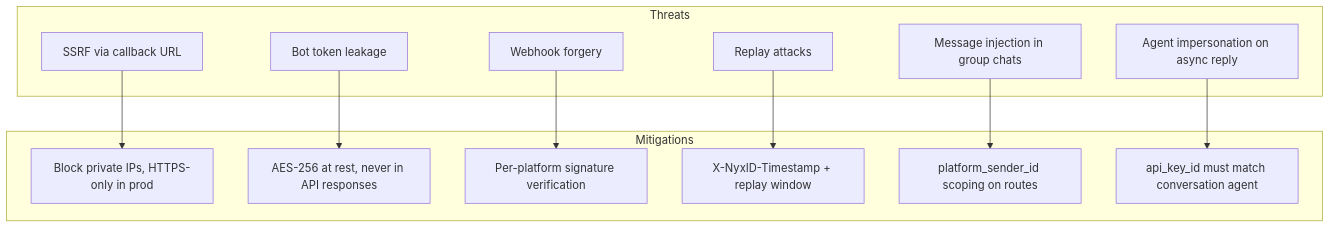
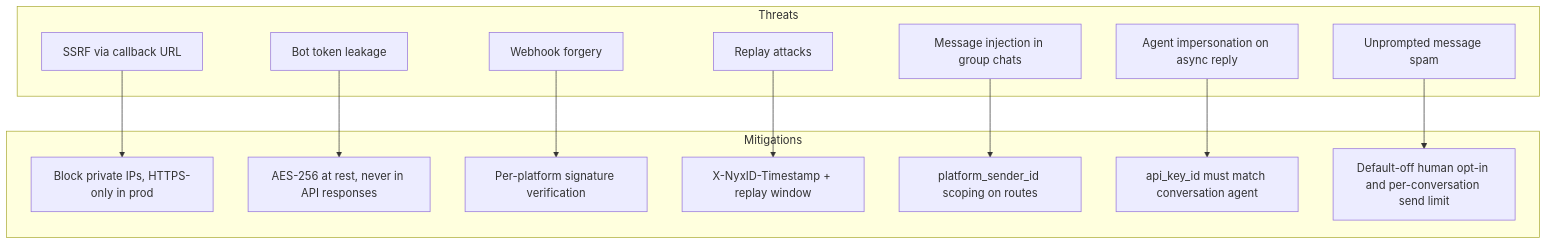
One commit to ChronoAIProject/NyxID changed diagram 11 of 17 in docs/CHANNEL_BOT_RELAY.md. Above: the diagram before and after it, drawn with Mermaid. The commit also changed other lines of this file and 51 other files, not shown here.

````diff
--- a/docs/CHANNEL_BOT_RELAY.md
+++ b/docs/CHANNEL_BOT_RELAY.md
@@ -857,27 +955,30 @@
 ```mermaid
 graph TD
     subgraph Threats
         T1[SSRF via callback URL]
         T2[Bot token leakage]
         T3[Webhook forgery]
         T4[Replay attacks]
         T5[Message injection in group chats]
         T6[Agent impersonation on async reply]
+        T7[Unprompted message spam]
     end
 
     subgraph Mitigations
         M1[Block private IPs, HTTPS-only in prod]
         M2[AES-256 at rest, never in API responses]
         M3[Per-platform signature verification]
         M4[X-NyxID-Timestamp + replay window]
         M5[platform_sender_id scoping on routes]
         M6[api_key_id must match conversation agent]
+        M7[Default-off human opt-in and per-conversation send limit]
     end
 
     T1 --> M1
     T2 --> M2
     T3 --> M3
     T4 --> M4
     T5 --> M5
     T6 --> M6
+    T7 --> M7
 ```
````
